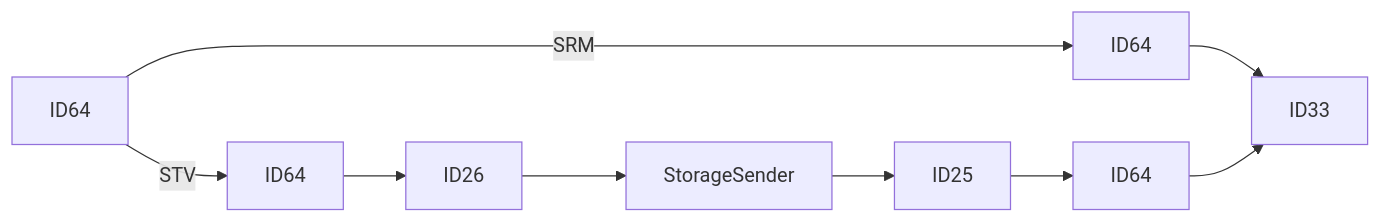
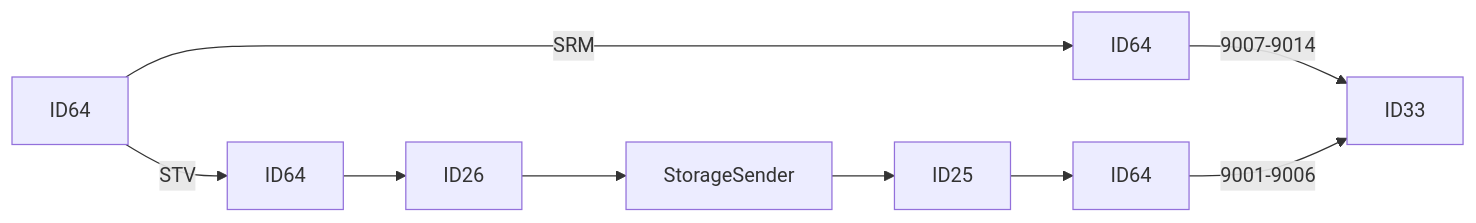
One commit to luthfiadityaa/SimeDarby-Wiki changed the third of 24 diagrams in Basic-Design/DFD-WMS/Storage/Unplanned-Storage/Unplanned-Storage-from-HP.md. Above: the diagram before and after it, drawn with Mermaid.

Commit message:
Updated Unplanned Storage from HP

```diff
--- a/Basic-Design/DFD-WMS/Storage/Unplanned-Storage/Unplanned-Storage-from-HP.md
+++ b/Basic-Design/DFD-WMS/Storage/Unplanned-Storage/Unplanned-Storage-from-HP.md
@@ -29,8 +29,8 @@
 ::: mermaid
 flowchart LR
 P18[ID64]--> |SRM| P13[ID64]  
 P18[ID64]--> |STV| P19[ID64]-->P20[ID26]-->P21[StorageSender]-->P22[ID25]-->P23[ID64]
 
-P13[ID64]-->P14[ID33]
-P23[ID64]-->P14[ID33]
+P13[ID64]--> |9007-9014| P14[ID33]
+P23[ID64]--> |9001-9006|P14[ID33]
 :::
```
